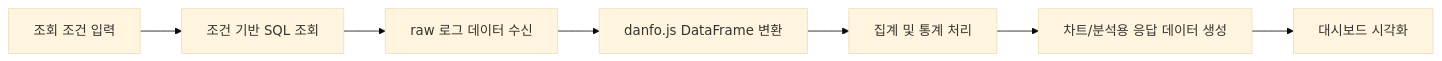
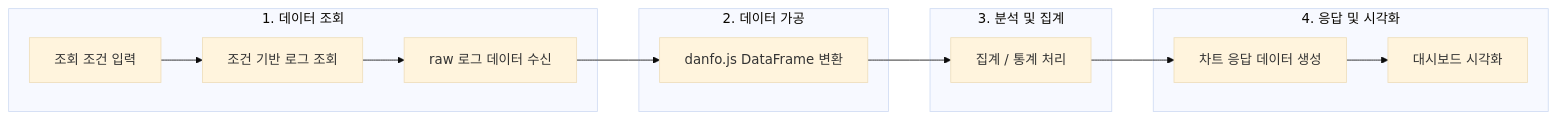
The diagram in docs/projects/automated-test-monitoring.md (Jungwoook/Jungwoook), drawn with Mermaid (base theme) before and after one commit. The commit also changed other lines of this file and 2 other files, not shown here.

Commit message:
docs: refine monitoring project detail

````diff
--- a/docs/projects/automated-test-monitoring.md
+++ b/docs/projects/automated-test-monitoring.md
@@ -46,9 +32,24 @@
 ```mermaid
 flowchart LR
-    Request["조회 조건 입력"] --> SQL["조건 기반 SQL 조회"]
-    SQL --> Raw["raw 로그 데이터 수신"]
-    Raw --> DataFrame["danfo.js DataFrame 변환"]
-    DataFrame --> Aggregate["집계 및 통계 처리"]
-    Aggregate --> Response["차트/분석용 응답 데이터 생성"]
-    Response --> Dashboard["대시보드 시각화"]
+
+    subgraph A["1. 데이터 조회"]
+        A1["조회 조건 입력"]
+        A2["조건 기반 로그 조회"]
+        A3["raw 로그 데이터 수신"]
+    end
+
+    subgraph B["2. 데이터 가공"]
+        B1["danfo.js DataFrame 변환"]
+    end
+
+    subgraph C["3. 분석 및 집계"]
+        C1["집계 / 통계 처리"]
+    end
+
+    subgraph D["4. 응답 및 시각화"]
+        D1["차트 응답 데이터 생성"]
+        D2["대시보드 시각화"]
+    end
+
+    A1 --> A2 --> A3 --> B1 --> C1 --> D1 --> D2
 ```
````
